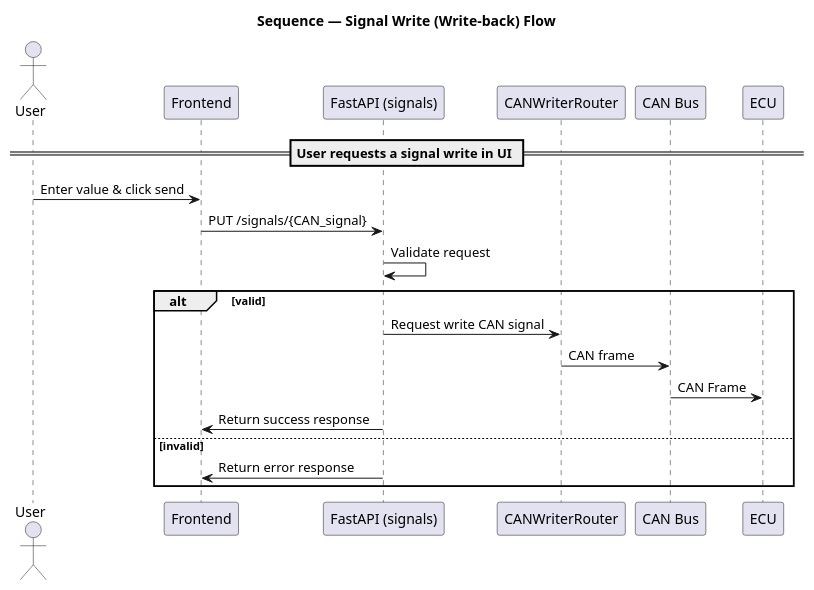
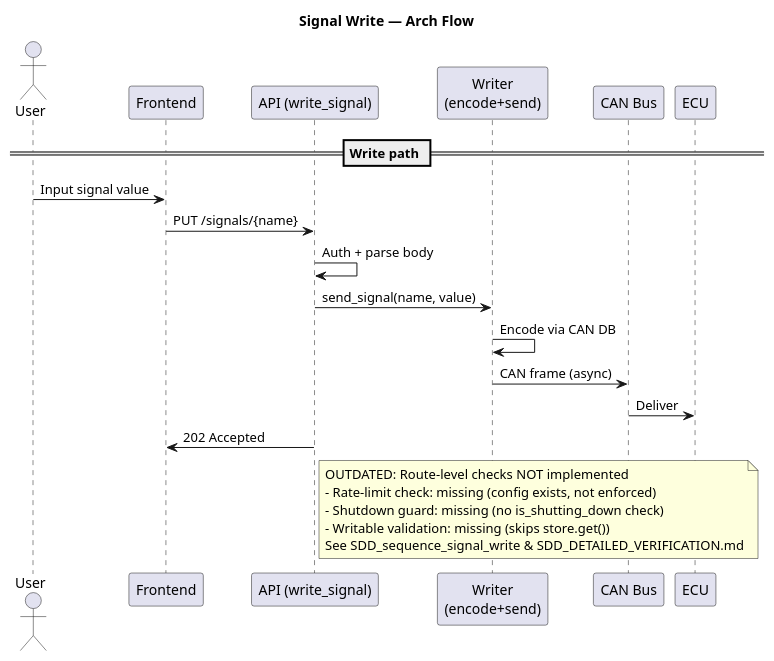
Before and after one commit to 3tdn/car-hmi: the diagram in diagram/SAD/SAD_sequence_signal_write.puml, drawn with PlantUML. The commit also changed 9 other files, not shown here.

Commit message:
update SAD and SDD sequence diagrams (part 2)

```diff
--- a/diagram/SAD/SAD_sequence_signal_write.puml
+++ b/diagram/SAD/SAD_sequence_signal_write.puml
@@ -1,28 +1,29 @@
 @startuml
-title Sequence — Signal Write (Write-back) Flow
+title Signal Write — Arch Flow
 
 actor User
 participant Frontend
-participant "FastAPI (signals)" as API
-participant "CANWriterRouter" as Writer
-participant "CAN Bus" as CANBus
+participant "API (write_signal)" as API
+participant "Writer\n(encode+send)" as Writer
+participant "CAN Bus" as Bus
 participant ECU
 
-== User requests a signal write in UI ==
-User -> Frontend : Enter value & click send
-Frontend -> API : PUT /signals/{CAN_signal}
+== Write path ==
+User -> Frontend : Input signal value
+Frontend -> API : PUT /signals/{name}
+API -> API : Auth + parse body
+API -> Writer : send_signal(name, value)
+Writer -> Writer : Encode via CAN DB
+Writer -> Bus : CAN frame (async)
+Bus -> ECU : Deliver
+API -> Frontend : 202 Accepted
 
-API -> API : Validate request
-
-alt valid
-  API -> Writer : Request write CAN signal
-
-  Writer -> CANBus : CAN frame
-  CANBus -> ECU : CAN Frame
-  API -> Frontend : Return success response
-
-else invalid
-  API -> Frontend : Return error response
-end
+note right of API
+  OUTDATED: Route-level checks NOT implemented
+  - Rate-limit check: missing (config exists, not enforced)
+  - Shutdown guard: missing (no is_shutting_down check)
+  - Writable validation: missing (skips store.get())
+  See SDD_sequence_signal_write & SDD_DETAILED_VERIFICATION.md
+end note
 
 @enduml
```
